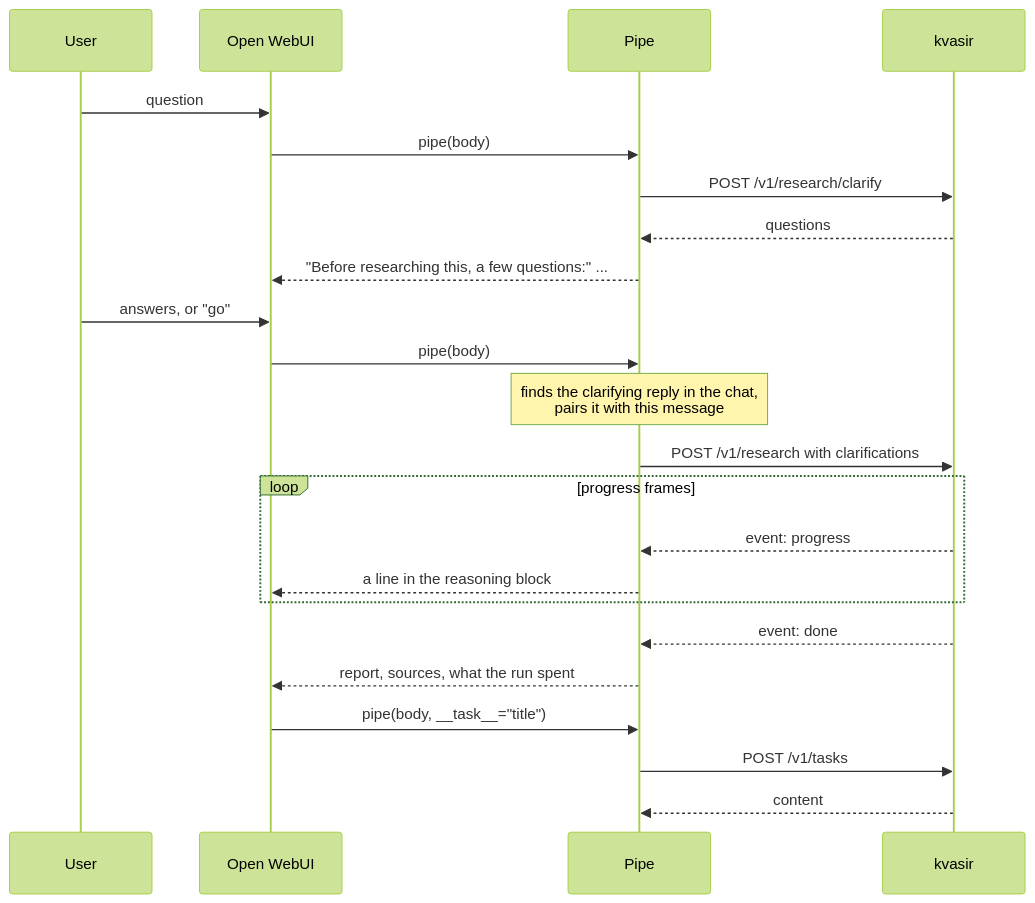
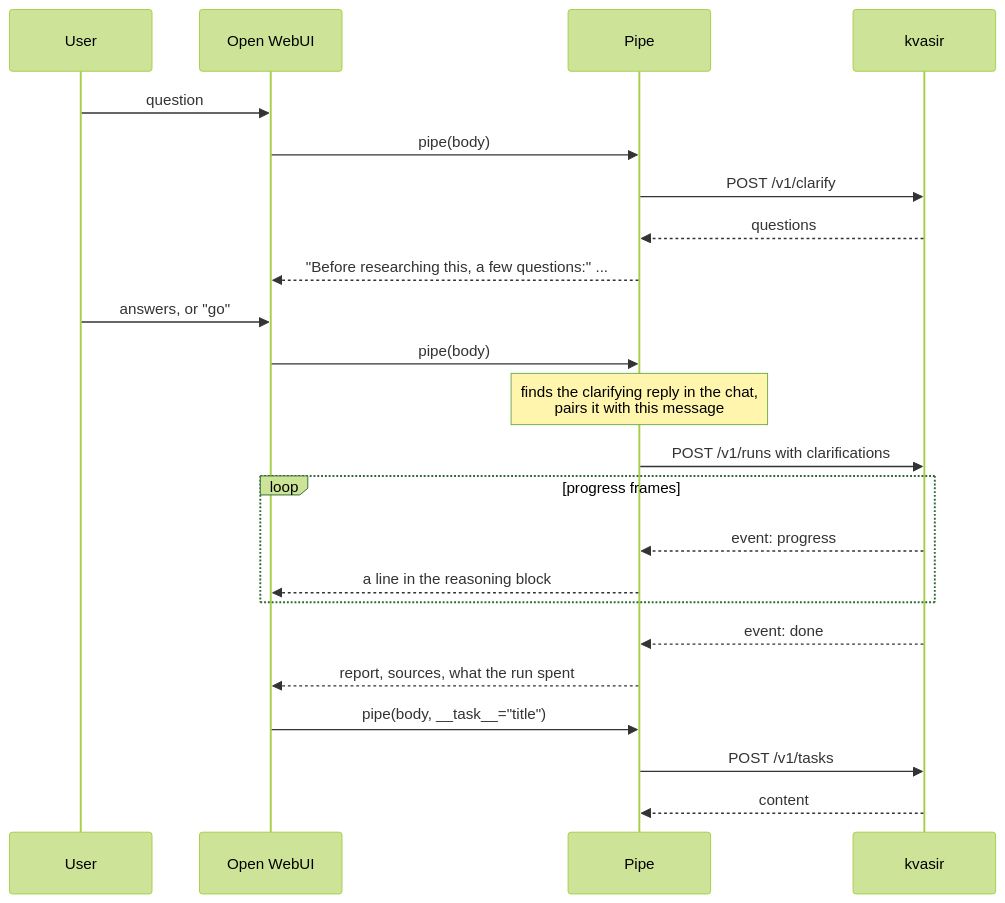
The sixth of 6 diagrams in docs/architecture.md (brewcoua/kvasir), drawn with Mermaid (forest theme) before and after one commit. The commit also changed other lines of this file and 33 other files, not shown here.

````diff
--- a/docs/architecture.md
+++ b/docs/architecture.md
@@ -281,26 +281,26 @@
 ```mermaid
 sequenceDiagram
     participant U as User
     participant O as Open WebUI
     participant P as Pipe
     participant K as kvasir
 
     U->>O: question
     O->>P: pipe(body)
-    P->>K: POST /v1/research/clarify
+    P->>K: POST /v1/clarify
     K-->>P: questions
     P-->>O: "Before researching this, a few questions:" ...
     U->>O: answers, or "go"
     O->>P: pipe(body)
     Note over P: finds the clarifying reply in the chat,<br/>pairs it with this message
-    P->>K: POST /v1/research with clarifications
+    P->>K: POST /v1/runs with clarifications
     loop progress frames
         K-->>P: event: progress
         P-->>O: a line in the reasoning block
     end
     K-->>P: event: done
     P-->>O: report, sources, what the run spent
     O->>P: pipe(body, __task__="title")
     P->>K: POST /v1/tasks
     K-->>P: content
 ```
````
